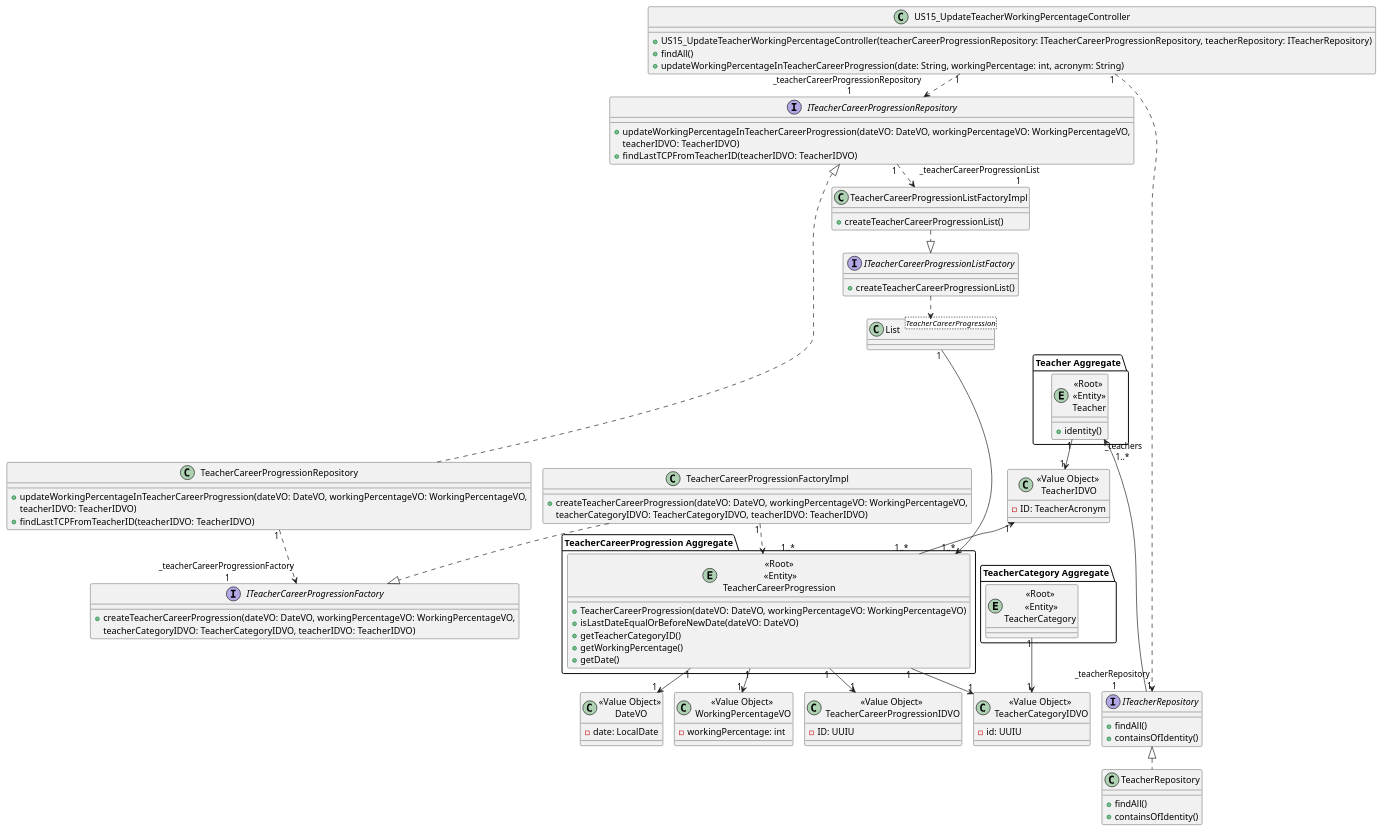
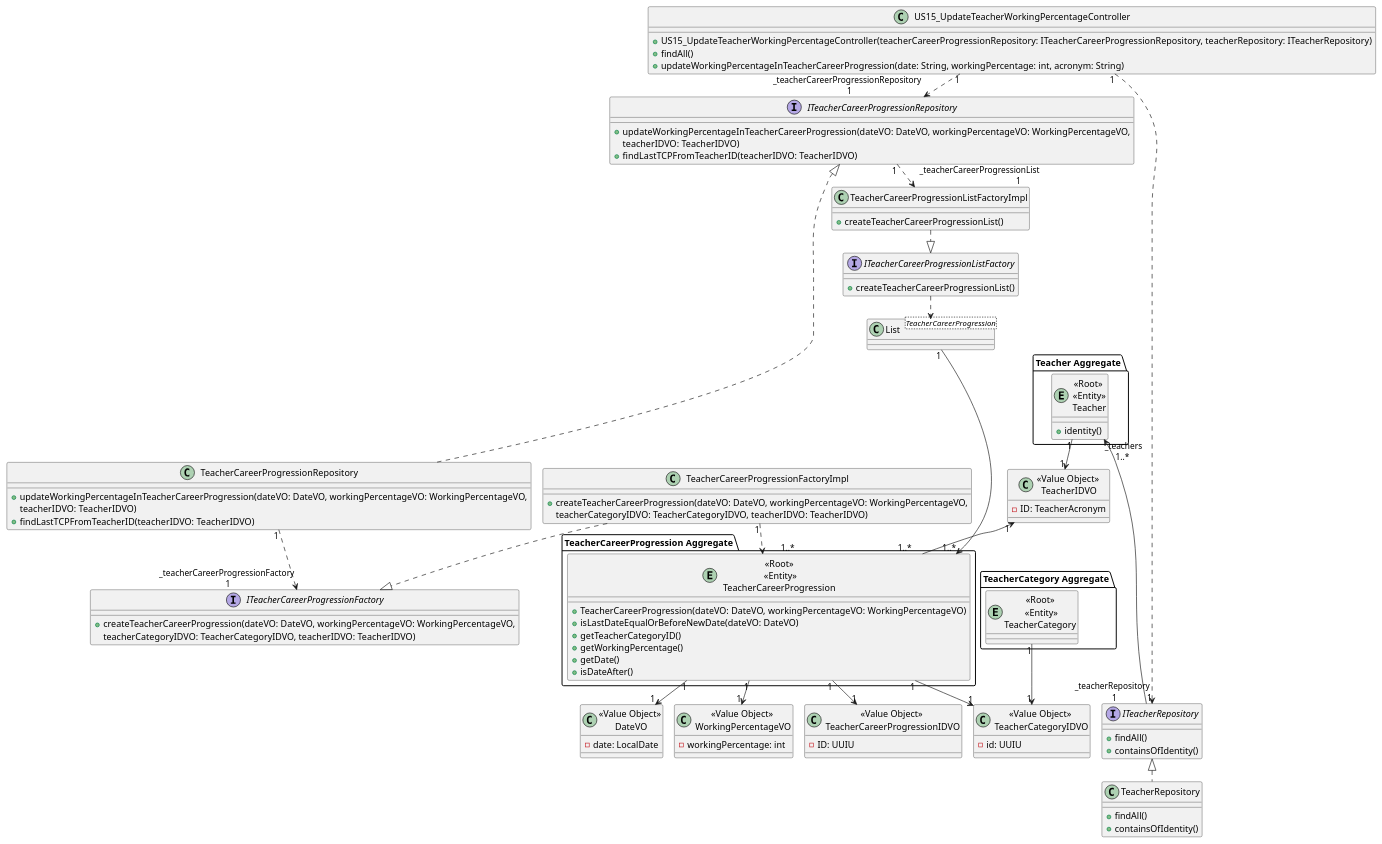
Before and after one commit to GasparISEP/DevOps-PAI: the diagram in docs/US15/US15_UpdateTeacherWorkingPercentageClassDiagram.puml, drawn with PlantUML. The commit also changed 2 other files, not shown here.

Commit message:
Altered US14 and 15's Sequence and Class Diagrams for the future changes to findLastTCPFromTeacherID(), closes #246

```diff
--- a/docs/US15/US15_UpdateTeacherWorkingPercentageClassDiagram.puml
+++ b/docs/US15/US15_UpdateTeacherWorkingPercentageClassDiagram.puml
@@ -1,117 +1,117 @@
 @startuml
 !pragma layout smetana
 skinparam ranksep 120
 skinparam nodesep 120
 
 class US15_UpdateTeacherWorkingPercentageController {
     +US15_UpdateTeacherWorkingPercentageController(teacherCareerProgressionRepository: ITeacherCareerProgressionRepository, teacherRepository: ITeacherRepository)
     +findAll()
     +updateWorkingPercentageInTeacherCareerProgression(date: String, workingPercentage: int, acronym: String)
 }
 
 package "Teacher Aggregate" {
     entity "<<Root>>\n <<Entity>>\n Teacher" {
     +identity()
     }
 }
 
 class "<<Value Object>>\n TeacherIDVO" {
         -ID: TeacherAcronym
     }
 
-
 package "TeacherCareerProgression Aggregate" {
     entity "<<Root>>\n <<Entity>>\nTeacherCareerProgression" {
         +TeacherCareerProgression(dateVO: DateVO, workingPercentageVO: WorkingPercentageVO)
         +isLastDateEqualOrBeforeNewDate(dateVO: DateVO)
         +getTeacherCategoryID()
         +getWorkingPercentage()
         +getDate()
+        +isDateAfter()
     }
 }
 
     class "<<Value Object>>\n TeacherCareerProgressionIDVO" {
           -ID: UUIU
     }
 
     class "<<Value Object>>\n DateVO" {
           -date: LocalDate
     }
 
     class "<<Value Object>>\n WorkingPercentageVO" {
               -workingPercentage: int
    }
 
 class TeacherCareerProgressionRepository {
     +updateWorkingPercentageInTeacherCareerProgression(dateVO: DateVO, workingPercentageVO: WorkingPercentageVO,
     teacherIDVO: TeacherIDVO)
     +findLastTCPFromTeacherID(teacherIDVO: TeacherIDVO)
 }
 
 class TeacherRepository {
     +findAll()
     +containsOfIdentity()
 }
 
 package "TeacherCategory Aggregate" {
     entity "<<Root>>\n <<Entity>>\nTeacherCategory" {
     }
 }
 
 interface ITeacherCareerProgressionRepository {
     +updateWorkingPercentageInTeacherCareerProgression(dateVO: DateVO, workingPercentageVO: WorkingPercentageVO,
     teacherIDVO: TeacherIDVO)
     +findLastTCPFromTeacherID(teacherIDVO: TeacherIDVO)
 }
 
 interface ITeacherRepository {
     +findAll()
     +containsOfIdentity()
 }
 
 class "<<Value Object>>\n TeacherCategoryIDVO" {
                 -id: UUIU
 }
 
 class TeacherCareerProgressionFactoryImpl {
     +createTeacherCareerProgression(dateVO: DateVO, workingPercentageVO: WorkingPercentageVO,
                                         teacherCategoryIDVO: TeacherCategoryIDVO, teacherIDVO: TeacherIDVO)
 }
 
 interface ITeacherCareerProgressionFactory {
     +createTeacherCareerProgression(dateVO: DateVO, workingPercentageVO: WorkingPercentageVO,
                                         teacherCategoryIDVO: TeacherCategoryIDVO, teacherIDVO: TeacherIDVO)
 }
 
 class TeacherCareerProgressionListFactoryImpl {
     +createTeacherCareerProgressionList()
 }
 
 interface ITeacherCareerProgressionListFactory {
     +createTeacherCareerProgressionList()
 }
 
 class List<TeacherCareerProgression> {
 }
 
 US15_UpdateTeacherWorkingPercentageController "1" ..> "_teacherRepository \n 1" ITeacherRepository
 US15_UpdateTeacherWorkingPercentageController "1" ..> "_teacherCareerProgressionRepository \n 1" ITeacherCareerProgressionRepository
 "<<Root>>\n <<Entity>>\n Teacher" "_teachers         \n 1..*           " <---- "1" ITeacherRepository
 "<<Value Object>>\n TeacherIDVO" "1  " <-- "\n 1..*     " "<<Root>>\n <<Entity>>\nTeacherCareerProgression"
 TeacherCareerProgressionRepository "1" ..> "_teacherCareerProgressionFactory \n1" ITeacherCareerProgressionFactory
 TeacherCareerProgressionFactoryImpl "1" ..> "   \n        1..*" "<<Root>>\n <<Entity>>\nTeacherCareerProgression"
 ITeacherCareerProgressionRepository "1" ..> "  _teacherCareerProgressionList \n                                     1" TeacherCareerProgressionListFactoryImpl
 TeacherCareerProgressionFactoryImpl ..|> ITeacherCareerProgressionFactory
 TeacherCareerProgressionListFactoryImpl ..|> ITeacherCareerProgressionListFactory
 ITeacherCareerProgressionListFactory ..> List
 List "1" ----> "1..*" "<<Root>>\n <<Entity>>\nTeacherCareerProgression"
 "<<Root>>\n <<Entity>>\n Teacher" "1" --> "1" "<<Value Object>>\n TeacherIDVO"
 "<<Root>>\n <<Entity>>\nTeacherCareerProgression" "1" --> "1" "<<Value Object>>\n TeacherCareerProgressionIDVO"
 "<<Root>>\n <<Entity>>\nTeacherCareerProgression" "1" --> "1" "<<Value Object>>\n DateVO"
 "<<Root>>\n <<Entity>>\nTeacherCareerProgression" "1" --> "1" "<<Value Object>>\n WorkingPercentageVO"
 "<<Root>>\n <<Entity>>\nTeacherCareerProgression" "1" --> "1" "<<Value Object>>\n TeacherCategoryIDVO"
 "<<Value Object>>\n TeacherCategoryIDVO" "1" <-u- "1" "<<Root>>\n <<Entity>>\nTeacherCategory"
 ITeacherCareerProgressionRepository <|.. TeacherCareerProgressionRepository
 ITeacherRepository <|.. TeacherRepository
 
 @enduml
```
